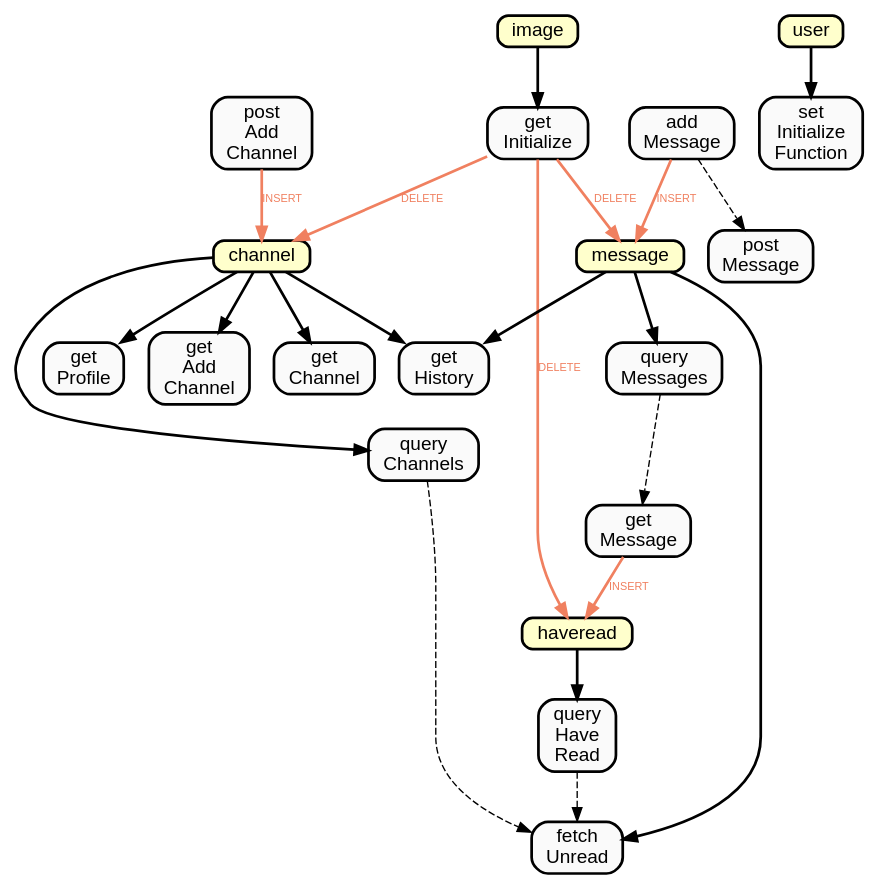
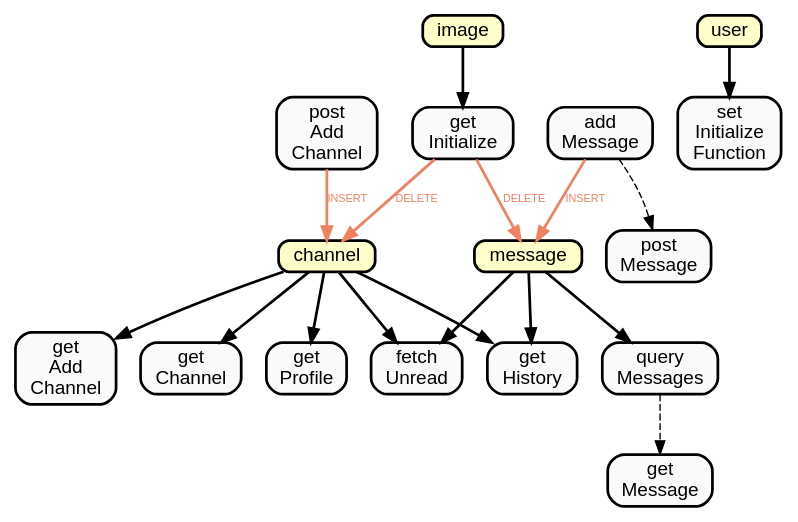
Before and after one commit to Muratam/isucon7q2019: the diagram in utils/sqlmap.dot, drawn with Graphviz. The commit also changed 4 other files, not shown here.

```diff
--- a/utils/sqlmap.dot
+++ b/utils/sqlmap.dot
@@ -1,109 +1,85 @@
 
     digraph  {
       layout = "dot";
       // overlap = false;
       // splines = true;
       node[
         // landscape = true,
         width = 0.2,
         height = 0.2,
         fontname = "Helvetica",
         style = "filled",
         fillcolor = "#fafafa",
         shape = box,
         style = "filled, bold, rounded"
       ];
       edge[
         len = 0.1,
         fontsize = "8",
         fontname = "Helvetica",
         style = "dashed",
     ];
-      queryChannels -> fetchUnread; 
-fetchUnread[label="fetch
-Unread"];
-queryChannels[label="query
-Channels"];
-queryHaveRead -> fetchUnread; 
-fetchUnread[label="fetch
-Unread"];
-queryHaveRead[label="query
-Have
-Read"];
-queryMessages -> getMessage; 
+      queryMessages -> getMessage; 
 getMessage[label="get
 Message"];
 queryMessages[label="query
 Messages"];
 addMessage -> postMessage; 
 postMessage[label="post
 Message"];
 addMessage[label="add
 Message"];
 
       user -> setInitializeFunction[style="bold"];
 user[label="user",shape=box, style="filled, bold, rounded", fillcolor="#ffffcc"];
 setInitializeFunction[label="set
 Initialize
 Function"];
 getInitialize -> channel[style="bold",label="DELETE",color="#f08060",fontcolor="#f08060"];
 channel[label="channel",shape=box, style="filled, bold, rounded", fillcolor="#ffffcc"];
 getInitialize -> message[style="bold",label="DELETE",color="#f08060",fontcolor="#f08060"];
 message[label="message",shape=box, style="filled, bold, rounded", fillcolor="#ffffcc"];
-getInitialize -> haveread[style="bold",label="DELETE",color="#f08060",fontcolor="#f08060"];
-haveread[label="haveread",shape=box, style="filled, bold, rounded", fillcolor="#ffffcc"];
 image -> getInitialize[style="bold"];
 image[label="image",shape=box, style="filled, bold, rounded", fillcolor="#ffffcc"];
 getInitialize[label="get
 Initialize"];
+channel -> fetchUnread[style="bold"];
+channel[label="channel",shape=box, style="filled, bold, rounded", fillcolor="#ffffcc"];
 message -> fetchUnread[style="bold"];
 message[label="message",shape=box, style="filled, bold, rounded", fillcolor="#ffffcc"];
 fetchUnread[label="fetch
 Unread"];
 message -> getHistory[style="bold"];
 message[label="message",shape=box, style="filled, bold, rounded", fillcolor="#ffffcc"];
 channel -> getHistory[style="bold"];
 channel[label="channel",shape=box, style="filled, bold, rounded", fillcolor="#ffffcc"];
 getHistory[label="get
 History"];
 channel -> getProfile[style="bold"];
 channel[label="channel",shape=box, style="filled, bold, rounded", fillcolor="#ffffcc"];
 getProfile[label="get
 Profile"];
 channel -> getAddChannel[style="bold"];
 channel[label="channel",shape=box, style="filled, bold, rounded", fillcolor="#ffffcc"];
 getAddChannel[label="get
 Add
 Channel"];
 channel -> getChannel[style="bold"];
 channel[label="channel",shape=box, style="filled, bold, rounded", fillcolor="#ffffcc"];
 getChannel[label="get
 Channel"];
 message -> queryMessages[style="bold"];
 message[label="message",shape=box, style="filled, bold, rounded", fillcolor="#ffffcc"];
 queryMessages[label="query
 Messages"];
-getMessage -> haveread[style="bold",label="INSERT",color="#f08060",fontcolor="#f08060"];
-haveread[label="haveread",shape=box, style="filled, bold, rounded", fillcolor="#ffffcc"];
-getMessage[label="get
-Message"];
-channel -> queryChannels[style="bold"];
-channel[label="channel",shape=box, style="filled, bold, rounded", fillcolor="#ffffcc"];
-queryChannels[label="query
-Channels"];
-haveread -> queryHaveRead[style="bold"];
-haveread[label="haveread",shape=box, style="filled, bold, rounded", fillcolor="#ffffcc"];
-queryHaveRead[label="query
-Have
-Read"];
 addMessage -> message[style="bold",label="INSERT",color="#f08060",fontcolor="#f08060"];
 message[label="message",shape=box, style="filled, bold, rounded", fillcolor="#ffffcc"];
 addMessage[label="add
 Message"];
 postAddChannel -> channel[style="bold",label="INSERT",color="#f08060",fontcolor="#f08060"];
 channel[label="channel",shape=box, style="filled, bold, rounded", fillcolor="#ffffcc"];
 postAddChannel[label="post
 Add
 Channel"];
 
     }
```
